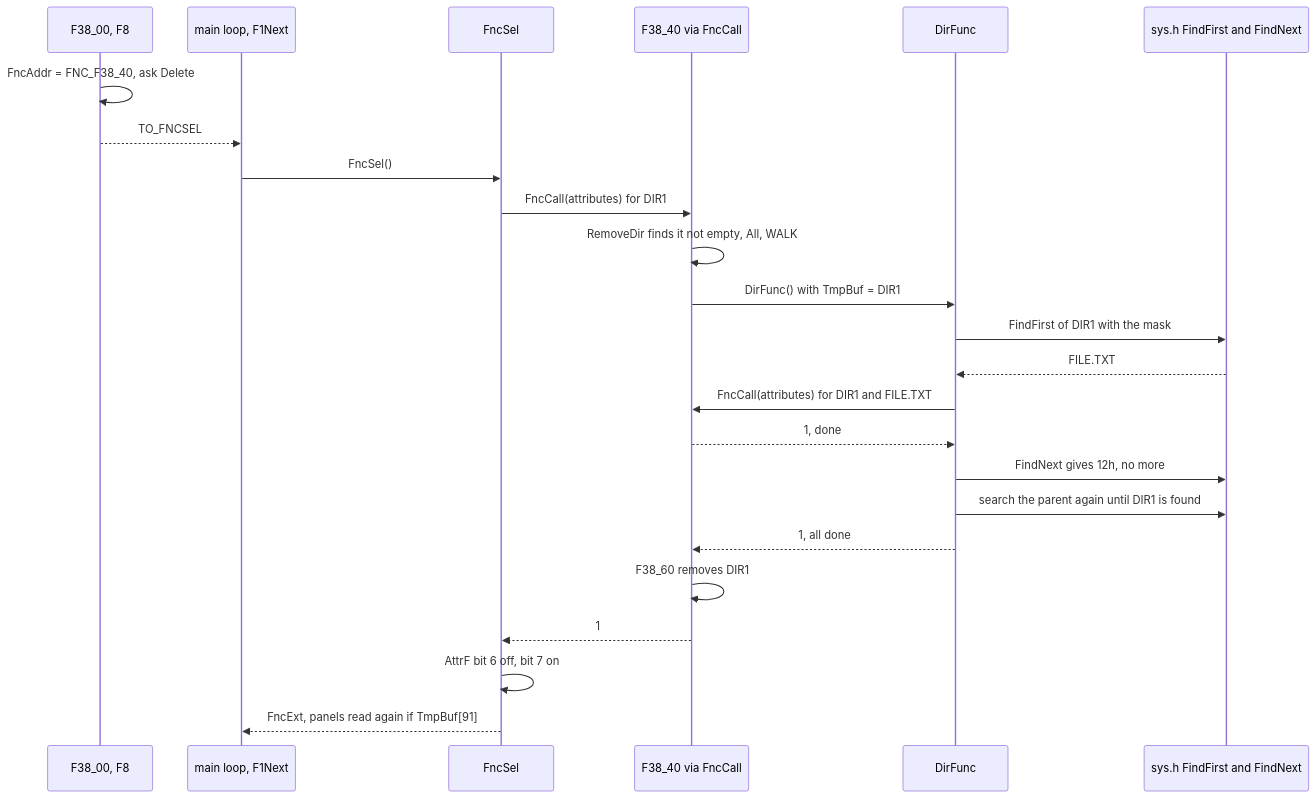
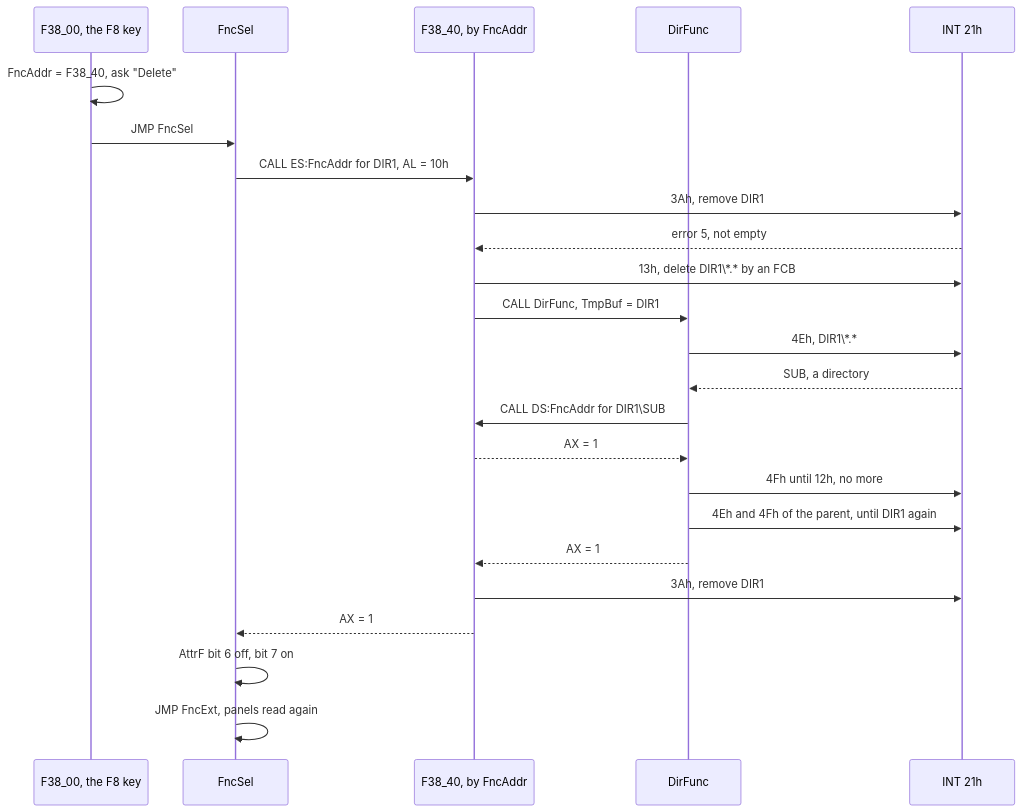
Before and after one commit to mmotorny/vibe_commander: the third of 4 diagrams in docs/design/02-the-features.md, drawn with Mermaid. The commit also changed other lines of this file, not shown here.

````diff
--- a/docs/design/02-the-features.md
+++ b/docs/design/02-the-features.md
@@ -473,26 +600,26 @@
 ```mermaid
 sequenceDiagram
-    participant Cmd as F38_00, F8
-    participant ML as main loop, F1Next
+    participant F8 as F38_00, the F8 key
     participant Sel as FncSel
-    participant R as F38_40 via FncCall
+    participant Del as F38_40, by FncAddr
     participant DF as DirFunc
-    participant DOS as sys.h FindFirst and FindNext
-    Cmd->>Cmd: FncAddr = FNC_F38_40, ask Delete
-    Cmd-->>ML: TO_FNCSEL
-    ML->>Sel: FncSel()
-    Sel->>R: FncCall(attributes) for DIR1
-    R->>R: RemoveDir finds it not empty, All, WALK
-    R->>DF: DirFunc() with TmpBuf = DIR1
-    DF->>DOS: FindFirst of DIR1 with the mask
-    DOS-->>DF: FILE.TXT
-    DF->>R: FncCall(attributes) for DIR1 and FILE.TXT
-    R-->>DF: 1, done
-    DF->>DOS: FindNext gives 12h, no more
-    DF->>DOS: search the parent again until DIR1 is found
-    DF-->>R: 1, all done
-    R->>R: F38_60 removes DIR1
-    R-->>Sel: 1
+    participant DOS as INT 21h
+    F8->>F8: FncAddr = F38_40, ask "Delete"
+    F8->>Sel: JMP FncSel
+    Sel->>Del: CALL ES:FncAddr for DIR1, AL = 10h
+    Del->>DOS: 3Ah, remove DIR1
+    DOS-->>Del: error 5, not empty
+    Del->>DOS: 13h, delete DIR1\*.* by an FCB
+    Del->>DF: CALL DirFunc, TmpBuf = DIR1
+    DF->>DOS: 4Eh, DIR1\*.*
+    DOS-->>DF: SUB, a directory
+    DF->>Del: CALL DS:FncAddr for DIR1\SUB
+    Del-->>DF: AX = 1
+    DF->>DOS: 4Fh until 12h, no more
+    DF->>DOS: 4Eh and 4Fh of the parent, until DIR1 again
+    DF-->>Del: AX = 1
+    Del->>DOS: 3Ah, remove DIR1
+    Del-->>Sel: AX = 1
     Sel->>Sel: AttrF bit 6 off, bit 7 on
-    Sel-->>ML: FncExt, panels read again if TmpBuf[91]
+    Sel->>Sel: JMP FncExt, panels read again
 ```
````
